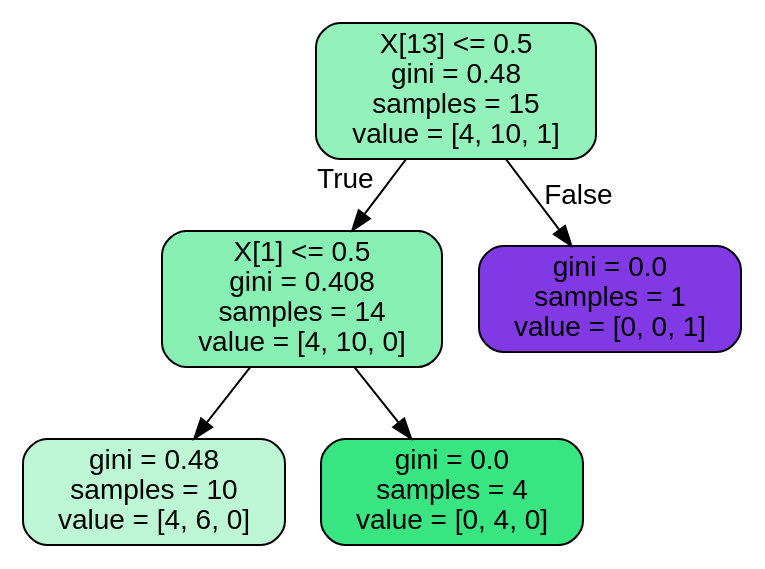
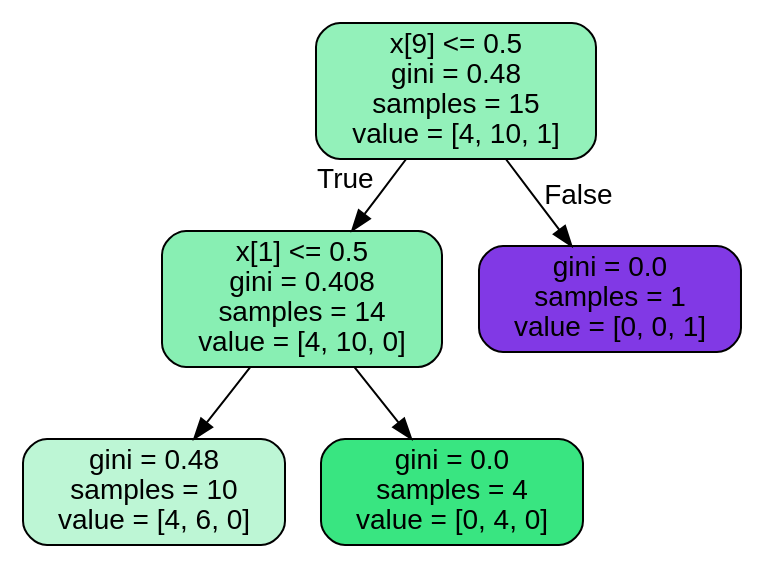
The diagram in doc/LectureNotes/DataFiles/ride.dot (CompPhysics/MachineLearning), drawn with Graphviz before and after one commit. The commit also changed 344 other files, not shown here.

```diff
--- a/doc/LectureNotes/DataFiles/ride.dot
+++ b/doc/LectureNotes/DataFiles/ride.dot
@@ -1,13 +1,13 @@
 digraph Tree {
 node [shape=box, style="filled, rounded", color="black", fontname="helvetica"] ;
 edge [fontname="helvetica"] ;
-0 [label="X[13] <= 0.5\ngini = 0.48\nsamples = 15\nvalue = [4, 10, 1]", fillcolor="#93f1ba"] ;
-1 [label="X[1] <= 0.5\ngini = 0.408\nsamples = 14\nvalue = [4, 10, 0]", fillcolor="#88efb3"] ;
+0 [label="x[9] <= 0.5\ngini = 0.48\nsamples = 15\nvalue = [4, 10, 1]", fillcolor="#93f1ba"] ;
+1 [label="x[1] <= 0.5\ngini = 0.408\nsamples = 14\nvalue = [4, 10, 0]", fillcolor="#88efb3"] ;
 0 -> 1 [labeldistance=2.5, labelangle=45, headlabel="True"] ;
 2 [label="gini = 0.48\nsamples = 10\nvalue = [4, 6, 0]", fillcolor="#bdf6d5"] ;
 1 -> 2 ;
 3 [label="gini = 0.0\nsamples = 4\nvalue = [0, 4, 0]", fillcolor="#39e581"] ;
 1 -> 3 ;
 4 [label="gini = 0.0\nsamples = 1\nvalue = [0, 0, 1]", fillcolor="#8139e5"] ;
 0 -> 4 [labeldistance=2.5, labelangle=-45, headlabel="False"] ;
 }
```
